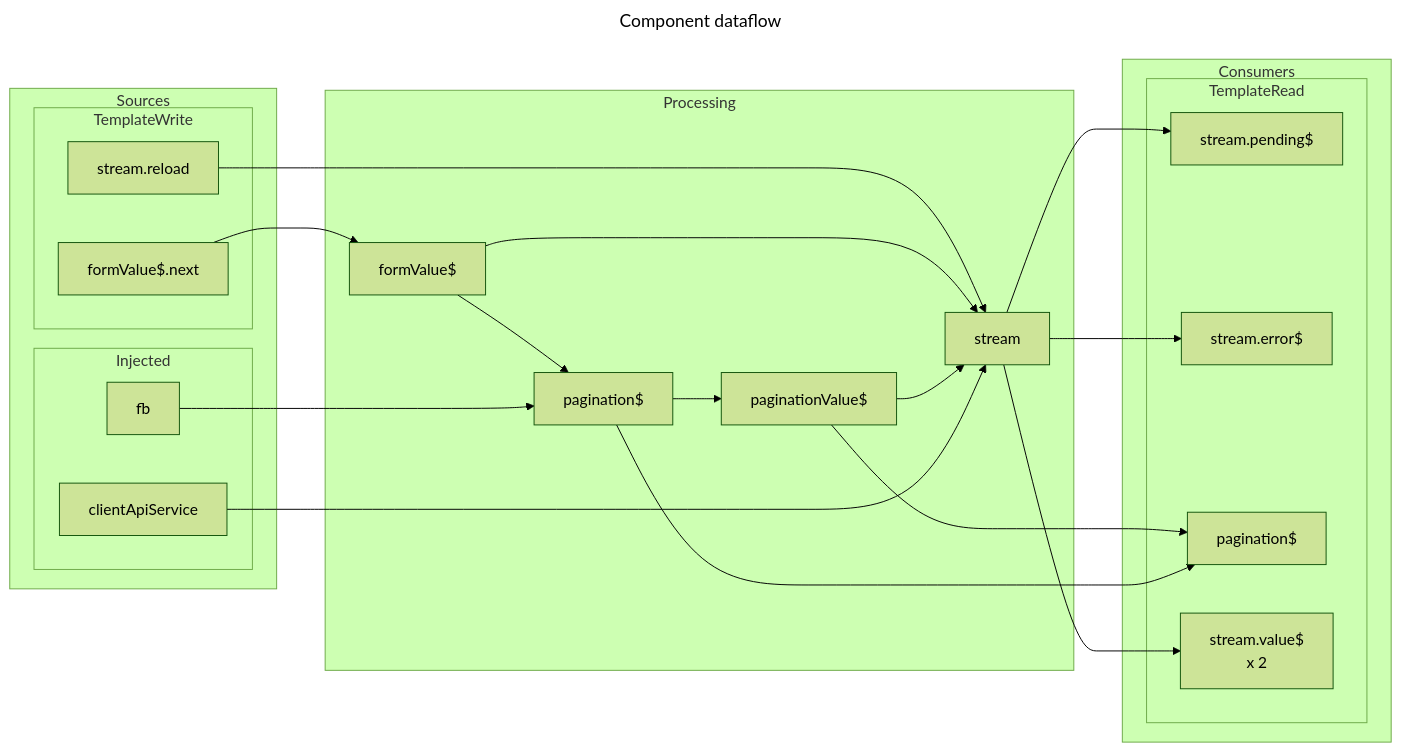
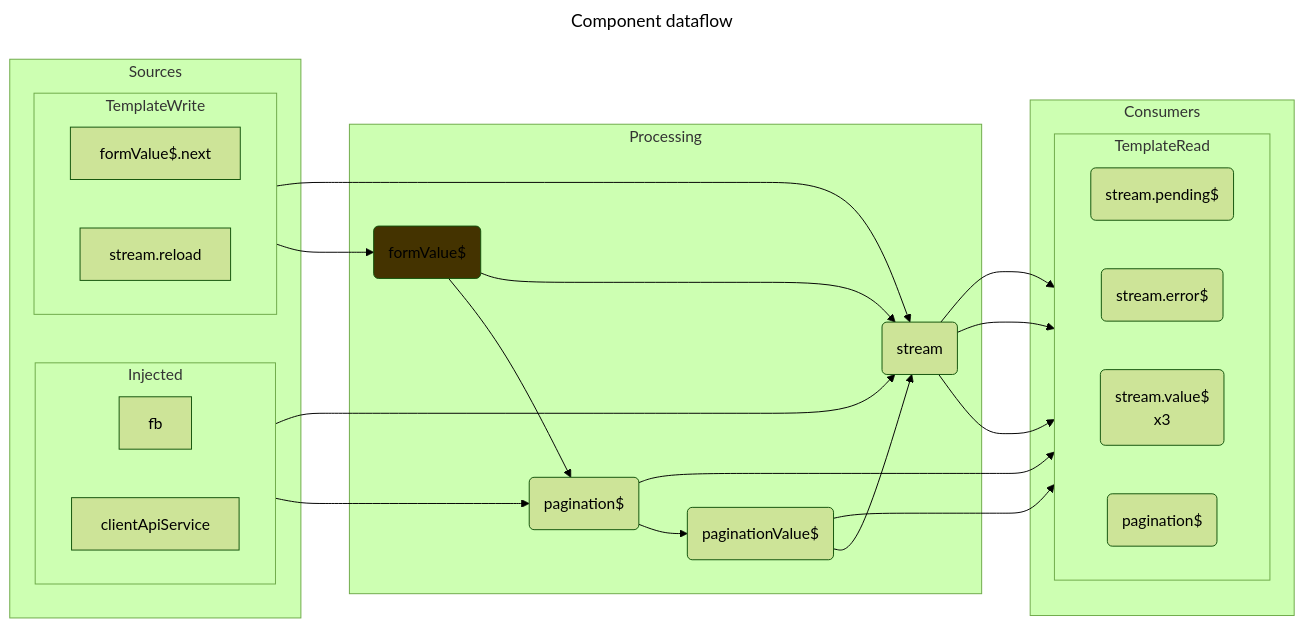
Before and after one commit to earthdmitriy/rx-evo: the first of 2 diagrams in src/app/components/xprerimental/pagination/pagination.component.dataflow.md, drawn with Mermaid (forest theme). The commit also changed other lines of this file and 39 other files, not shown here.

Commit message:
updated dataflow diagrams

````diff
--- a/src/app/components/xprerimental/pagination/pagination.component.dataflow.md
+++ b/src/app/components/xprerimental/pagination/pagination.component.dataflow.md
@@ -3,71 +3,75 @@
 ```mermaid
 ---
 title: Component dataflow
 ---
 graph LR
     subgraph Sources
         subgraph Injected
+            direction LR
             Source_fb["
                 fb
             "]
             Source_clientApiService["
                 clientApiService
             "]
         end
         subgraph TemplateWrite
+            direction LR
             Source_formValue$.next["
                 formValue$.next
             "]
             Source_stream.reload["
                 stream.reload
             "]
         end
     end
     subgraph Processing
-        Processing_formValue$["
+        Processing_formValue$("
             formValue$
-        "]
-        Processing_pagination$["
+        ")
+        Processing_pagination$("
             pagination$
-        "]
-        Processing_paginationValue$["
+        ")
+        Processing_paginationValue$("
             paginationValue$
-        "]
-        Processing_stream["
+        ")
+        Processing_stream("
             stream
-        "]
+        ")
     end
     subgraph Consumers
         subgraph TemplateRead
-            Consumer_stream.pending$["
+            direction LR
+            Consumer_stream.pending$("
                 stream.pending$
-            "]
-            Consumer_stream.error$["
+            ")
+            Consumer_stream.error$("
                 stream.error$
-            "]
-            Consumer_pagination$["
+            ")
+            Consumer_stream.value$("
+                stream.value$
+                x3
+            ")
+            Consumer_pagination$("
                 pagination$
-            "]
-            Consumer_stream.value$["
-                stream.value$
-x            2
-            "]
+            ")
         end
     end
     Sources ~~~ Processing
     Processing ~~~ Consumers
     Source_formValue$.next --> Processing_formValue$
     Source_stream.reload --> Processing_stream
     Processing_formValue$ --> Processing_pagination$
     Source_fb --> Processing_pagination$
     Processing_pagination$ --> Processing_paginationValue$
     Processing_paginationValue$ --> Consumer_pagination$
     Processing_formValue$ --> Processing_stream
     Processing_paginationValue$ --> Processing_stream
     Source_clientApiService --> Processing_stream
     Processing_stream --> Consumer_stream.pending$
     Processing_stream --> Consumer_stream.error$
+    Processing_stream --> Consumer_stream.value$
     Processing_pagination$ --> Consumer_pagination$
-    Processing_stream --> Consumer_stream.value$
+    style Processing_formValue$ fill:#430
 
 ```
````
